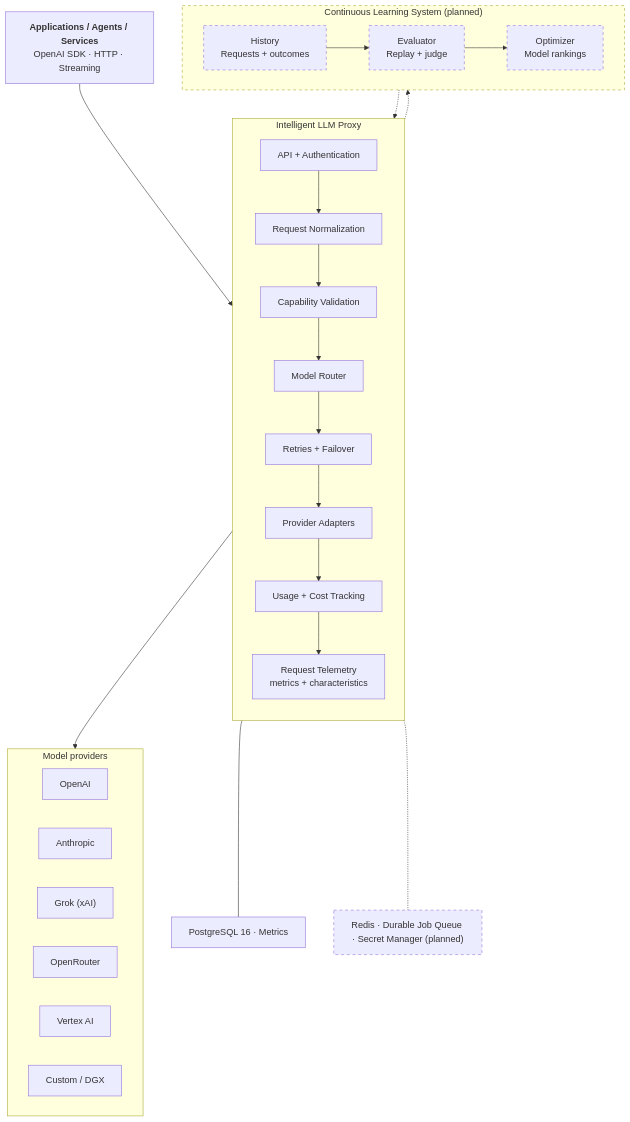
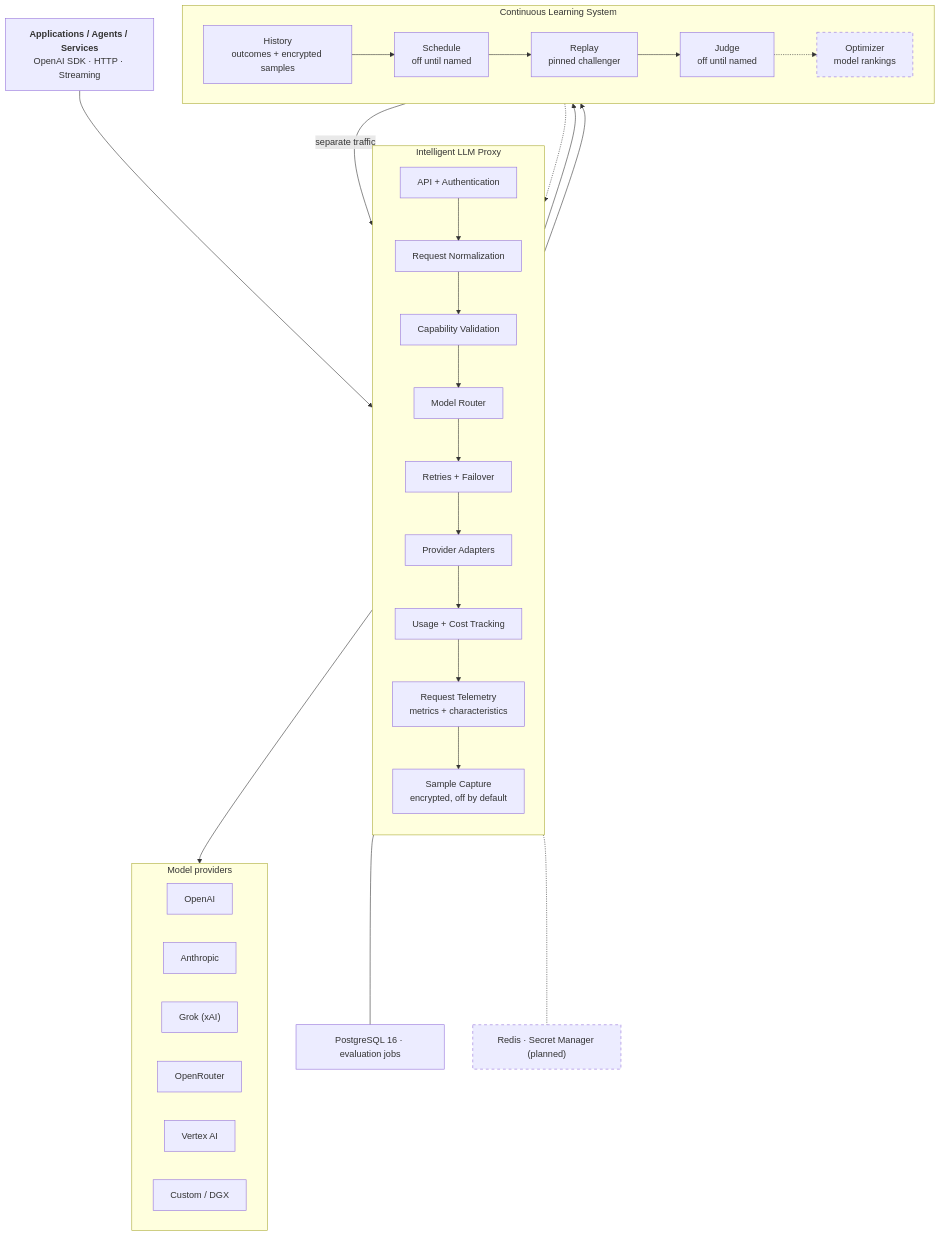
Before and after one commit to niranta-life/llm-proxy: the diagram in README.md, drawn with Mermaid. The commit also changed other lines of this file and 36 other files, not shown here.

````diff
--- a/README.md
+++ b/README.md
@@ -43,49 +43,58 @@
 ```mermaid
 flowchart TB
     apps["<b>Applications / Agents / Services</b><br/>OpenAI SDK · HTTP · Streaming"]
 
     subgraph proxy["Intelligent LLM Proxy"]
         direction TB
         auth["API + Authentication"]
         norm["Request Normalization"]
         cap["Capability Validation"]
         router["Model Router"]
         adapters["Provider Adapters"]
         retry["Retries + Failover"]
         cost["Usage + Cost Tracking"]
         telem["Request Telemetry<br/>metrics + characteristics"]
+        capture["Sample Capture<br/>encrypted, off by default"]
         auth --> norm --> cap --> router --> retry --> adapters
         adapters --> cost --> telem
+        telem --> capture
     end
 
     subgraph providers["Model providers"]
         direction LR
         openai["OpenAI"]
         anthropic["Anthropic"]
         grok["Grok (xAI)"]
         openrouter["OpenRouter"]
         vertex["Vertex AI"]
         dgx["Custom / DGX"]
     end
 
-    subgraph learning["Continuous Learning System (planned)"]
+    subgraph learning["Continuous Learning System"]
         direction LR
-        history["History<br/>Requests + outcomes"]
-        evaluator["Evaluator<br/>Replay + judge"]
-        optimizer["Optimizer<br/>Model rankings"]
-        history --> evaluator --> optimizer
+        history["History<br/>outcomes + encrypted samples"]
+        schedule["Schedule<br/>off until named"]
+        replay["Replay<br/>pinned challenger"]
+        judge["Judge<br/>off until named"]
+        optimizer["Optimizer<br/>model rankings"]
+        history --> schedule
+        schedule --> replay
+        replay --> judge
+        judge -.-> optimizer
     end
 
-    infra["PostgreSQL 16 · Metrics"]
-    infraPlanned["Redis · Durable Job Queue · Secret Manager (planned)"]
+    infra["PostgreSQL 16 · evaluation jobs"]
+    infraPlanned["Redis · Secret Manager (planned)"]
 
     apps --> proxy
     proxy --> providers
-    telem -.-> history
+    telem --> history
+    capture --> history
+    replay -->|"separate traffic"| adapters
     optimizer -.-> router
     proxy --- infra
     proxy -.- infraPlanned
 
     classDef planned stroke-dasharray: 5 5
-    class learning,history,evaluator,optimizer,infraPlanned planned
+    class optimizer,infraPlanned planned
 ```
````
